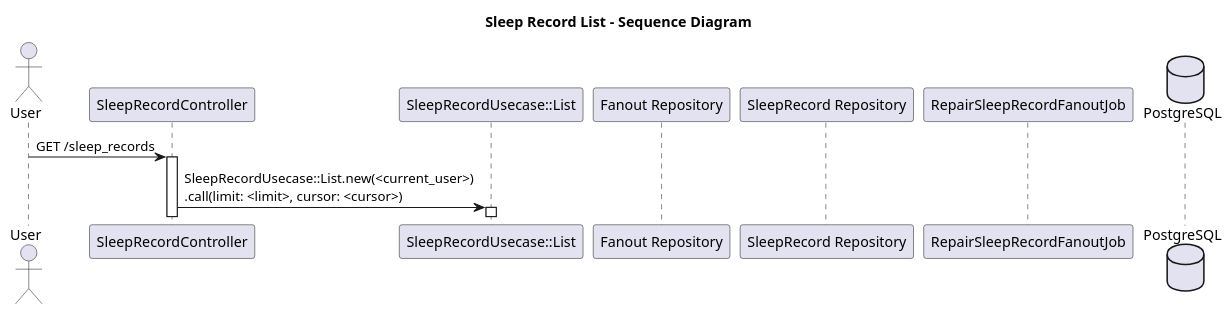
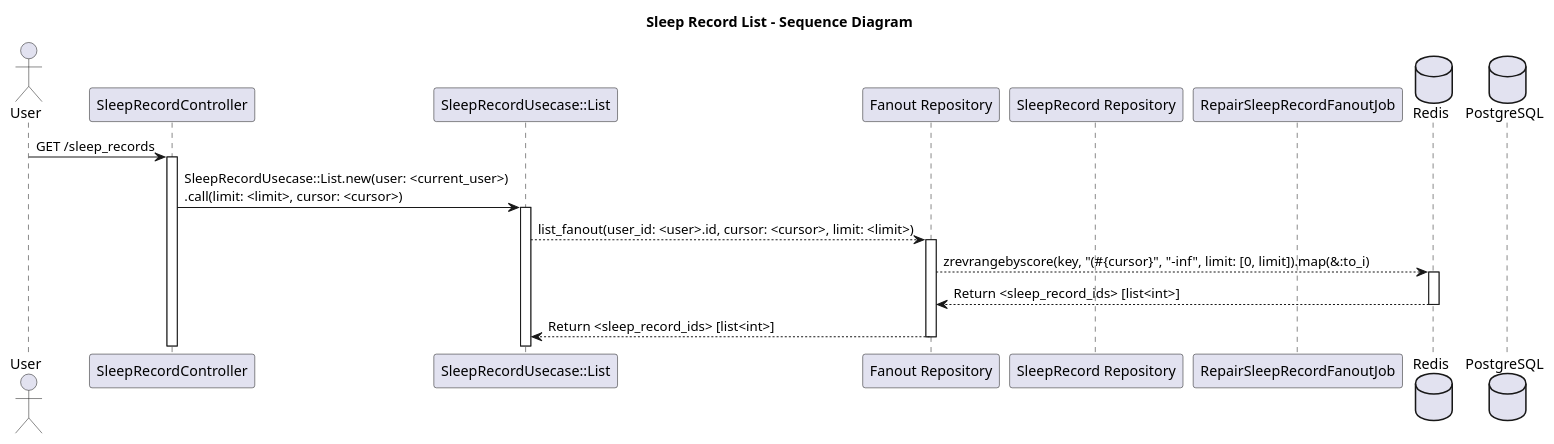
The diagram in docs/diagram/SleepRecordList.plantuml (wisnuaga/good-night), drawn with PlantUML before and after one commit.

Commit message:
list: fetch from cache

```diff
--- a/docs/diagram/SleepRecordList.plantuml
+++ b/docs/diagram/SleepRecordList.plantuml
@@ -1,19 +1,30 @@
 @startuml SleepRecordList
 title Sleep Record List - Sequence Diagram
 
 ' Define actors and components
 actor User
 participant "SleepRecordController" as Controller
 participant "SleepRecordUsecase::List" as Usecase
 participant "Fanout Repository" as FanoutRepository
 participant "SleepRecord Repository" as SleepRecordRepository
 participant "RepairSleepRecordFanoutJob" as Job
+database "Redis" as Cache
 database "PostgreSQL" as DB
 
 User -> Controller: GET /sleep_records
 activate Controller
 
-Controller -> Usecase: SleepRecordUsecase::List.new(<current_user>)\n.call(limit: <limit>, cursor: <cursor>)
+Controller -> Usecase: SleepRecordUsecase::List.new(user: <current_user>)\n.call(limit: <limit>, cursor: <cursor>)
 activate Usecase
 
+Usecase --> FanoutRepository: list_fanout(user_id: <user>.id, cursor: <cursor>, limit: <limit>)
+activate FanoutRepository
+FanoutRepository --> Cache: zrevrangebyscore(key, "(#{cursor}", "-inf", limit: [0, limit]).map(&:to_i)
+activate Cache
+Cache --> FanoutRepository: Return <sleep_record_ids> [list<int>]
+deactivate Cache
+FanoutRepository --> Usecase: Return <sleep_record_ids> [list<int>]
+deactivate FanoutRepository
+
+
 @enduml
```
